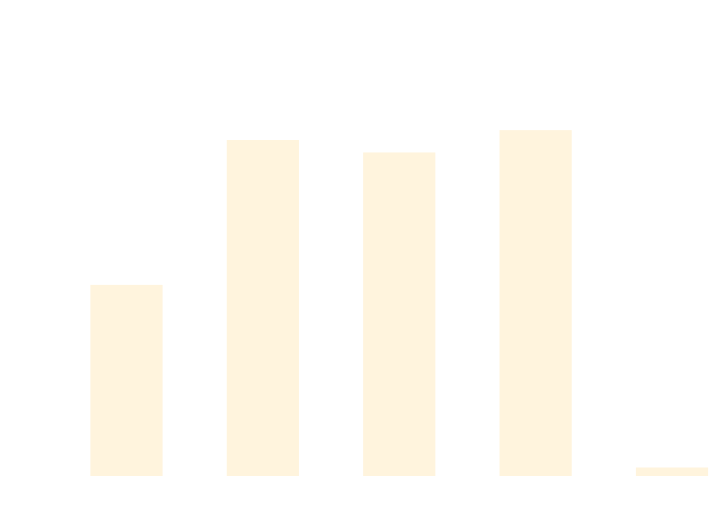
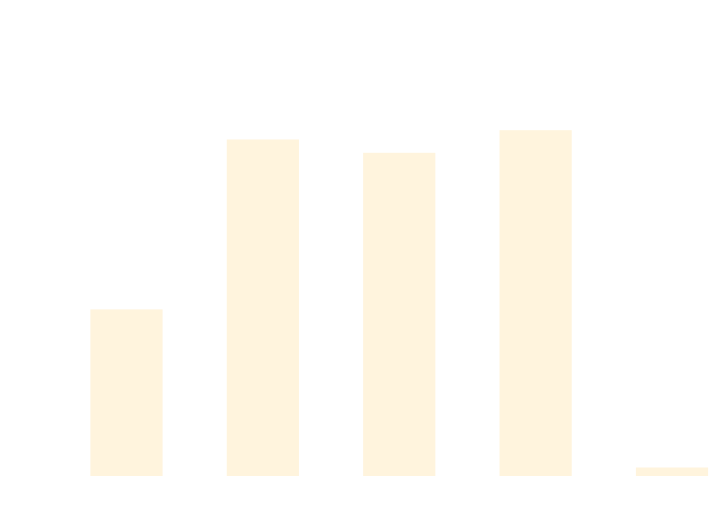
Before and after one commit to thomhurst/TUnit: the diagram in docs/docs/benchmarks/SetupTeardownTests.md, drawn with Mermaid. The commit also changed other lines of this file and 16 other files, not shown here.

````diff
--- a/docs/docs/benchmarks/SetupTeardownTests.md
+++ b/docs/docs/benchmarks/SetupTeardownTests.md
@@ -27,37 +27,37 @@
 ```mermaid
 %%{init: {
   'theme':'base',
   'themeVariables': {
     'primaryColor': '#2563eb',
     'primaryTextColor': '#ffffff',
     'primaryBorderColor': '#1e40af',
     'lineColor': '#6b7280',
     'secondaryColor': '#7c3aed',
     'tertiaryColor': '#dc2626',
     'background': '#ffffff',
     'mainBkg': '#2563eb',
     'secondBkg': '#7c3aed',
     'tertiaryBkg': '#dc2626',
     'clusterBkg': '#f3f4f6',
     'edgeLabelBackground': '#ffffff',
     'tertiaryTextColor': '#1f2937',
     'pie1': '#2563eb',
     'pie2': '#7c3aed',
     'pie3': '#dc2626',
     'pie4': '#f59e0b',
     'pie5': '#10b981',
     'pie6': '#06b6d4',
     'pie7': '#ec4899',
     'pie8': '#6366f1',
     'pie9': '#84cc16',
     'pie10': '#f97316',
     'pie11': '#14b8a6',
     'pie12': '#a855f7'
   }
 }}%%
 xychart-beta
   title "SetupTeardownTests Performance Comparison"
   x-axis ["TUnit", "NUnit", "MSTest", "xUnit3", "TUnit_AOT"]
-  y-axis "Time (ms)" 0 --> 1470
-  bar [662.9, 1188.7, 1143.5, 1224.5, 0]
+  y-axis "Time (ms)" 0 --> 1437
+  bar [561, 1163.9, 1116.6, 1196.8, 0]
 ```
````
